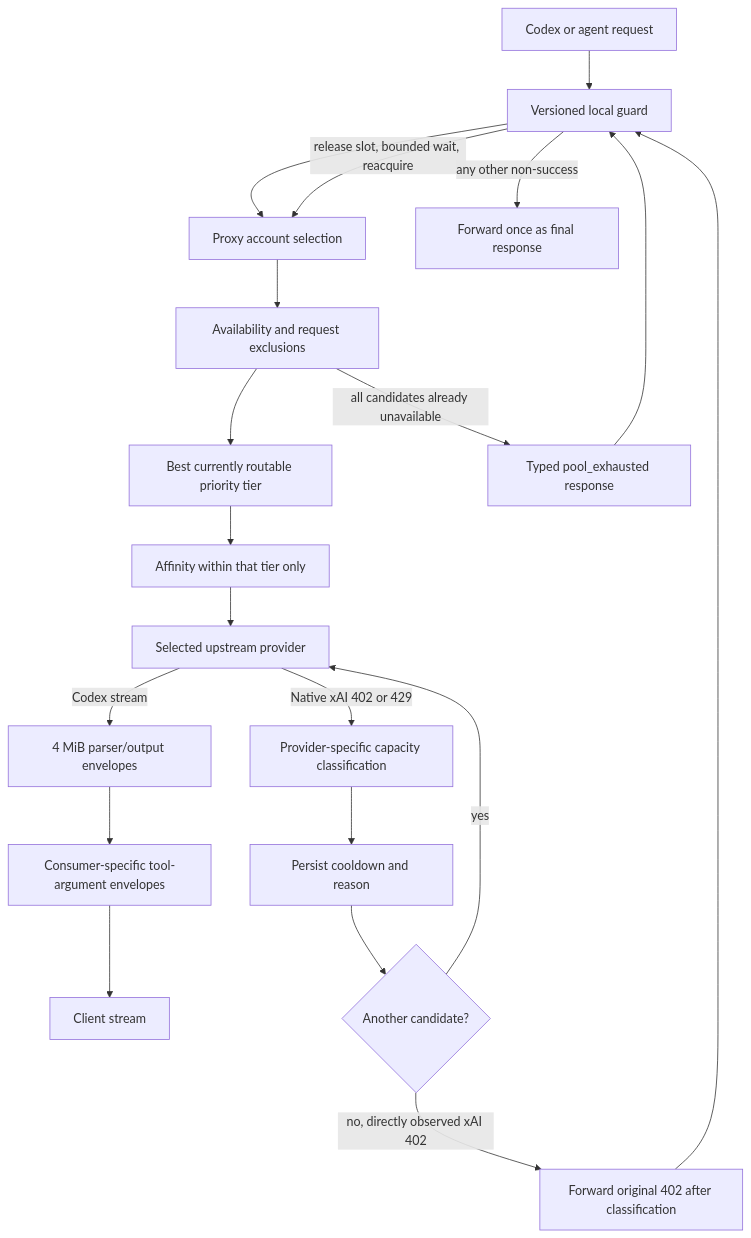
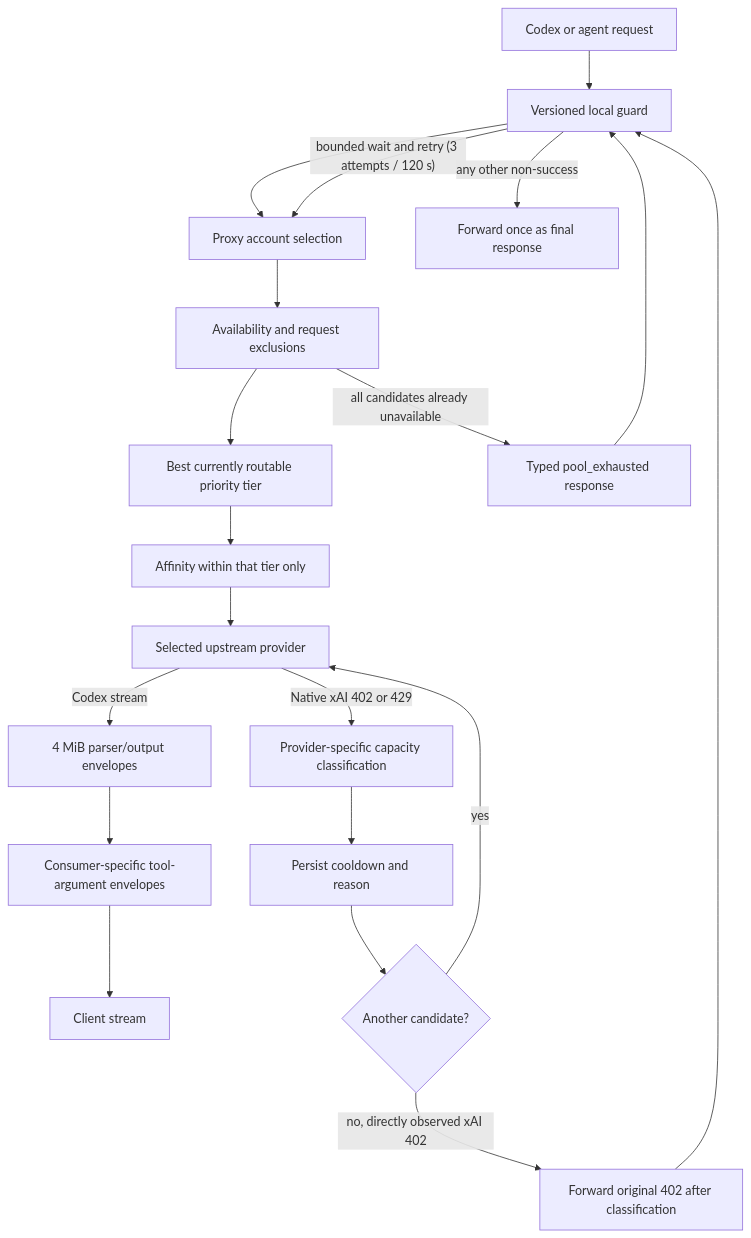
The diagram in docs/plans/2026-07-16-001-fix-routing-reliability-plan.md (StartupBros-com/better-ccflare), drawn with Mermaid before and after one commit. The commit also changed other lines of this file, not shown here.

First line of the commit message:
docs: revise routing reliability plan after architecture review

````diff
--- a/docs/plans/2026-07-16-001-fix-routing-reliability-plan.md
+++ b/docs/plans/2026-07-16-001-fix-routing-reliability-plan.md
@@ -267,26 +290,26 @@
 ```mermaid
 flowchart TB
   C["Codex or agent request"] --> G["Versioned local guard"]
   G --> P["Proxy account selection"]
   P --> E["Availability and request exclusions"]
   E --> T["Best currently routable priority tier"]
   T --> A["Affinity within that tier only"]
   A --> U["Selected upstream provider"]
 
   U -->|"Codex stream"| S["4 MiB parser/output envelopes"]
   S --> M["Consumer-specific tool-argument envelopes"]
   M --> D["Client stream"]
 
   U -->|"Native xAI 402 or 429"| X["Provider-specific capacity classification"]
   X --> K["Persist cooldown and reason"]
   K --> N{"Another candidate?"}
   N -->|"yes"| U
   N -->|"no, directly observed xAI 402"| F402["Forward original 402 after classification"]
   F402 --> G
 
   E -->|"all candidates already unavailable"| PE["Typed pool_exhausted response"]
 
   PE --> G
-  G -->|"release slot, bounded wait, reacquire"| P
+  G -->|"bounded wait and retry (3 attempts / 120 s)"| P
   G -->|"any other non-success"| F["Forward once as final response"]
 ```
````
